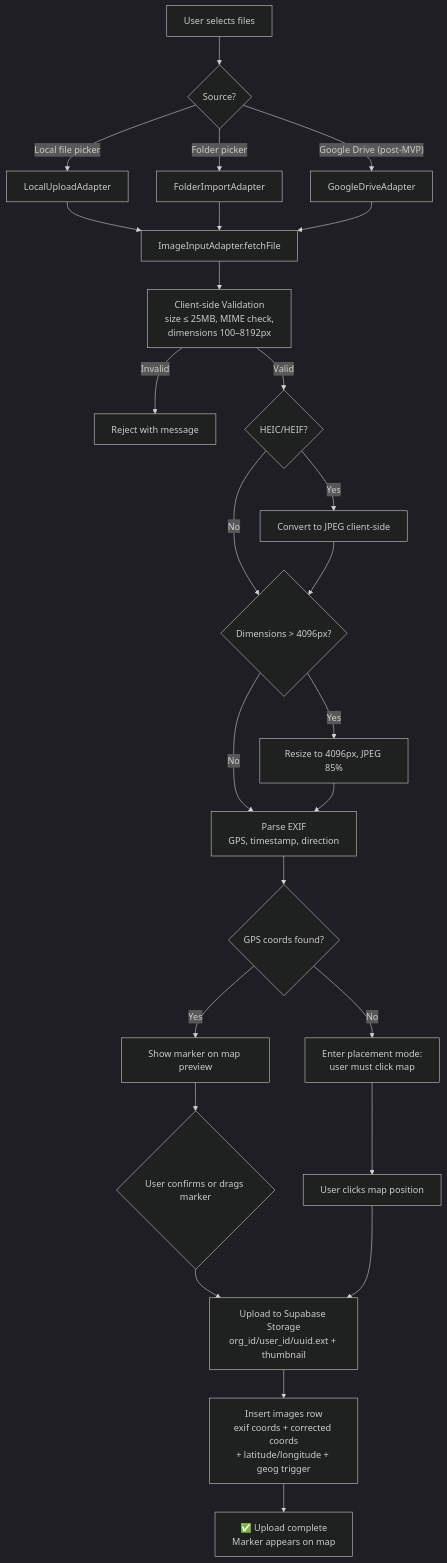
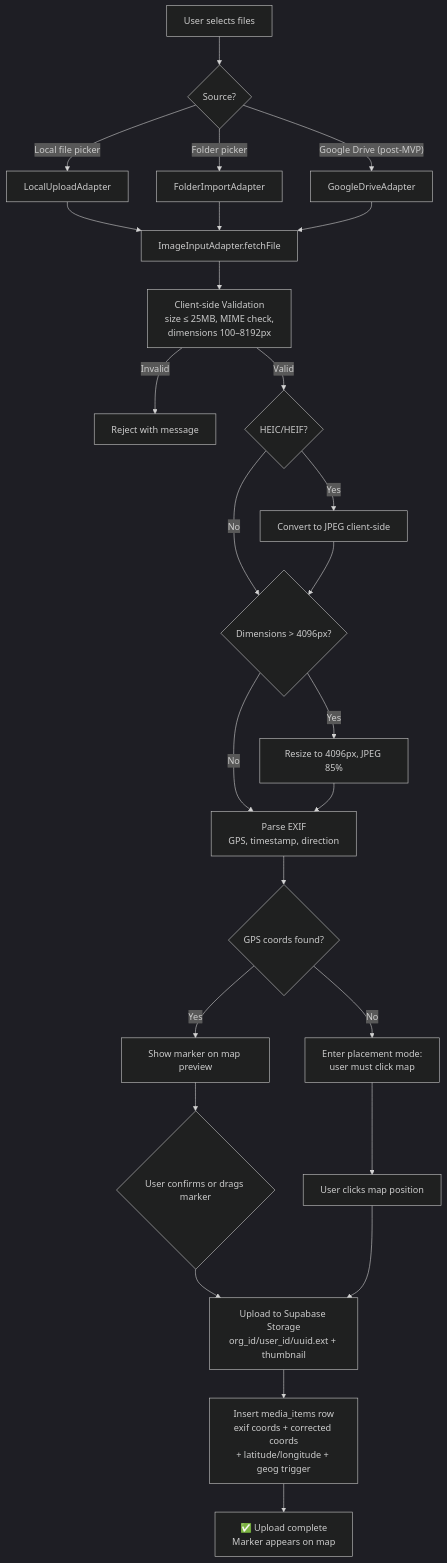
Before and after one commit to matkleve/feldpost: the fourth of 11 diagrams in docs/architecture.md, drawn with Mermaid (dark theme). The commit also changed other lines of this file and 16 other files, not shown here.

````diff
--- a/docs/architecture.md
+++ b/docs/architecture.md
@@ -357,38 +357,38 @@
 ```mermaid
 flowchart TD
   A[User selects files] --> B{Source?}
 
   B -->|Local file picker| C[LocalUploadAdapter]
   B -->|Folder picker| D[FolderImportAdapter]
   B -->|"Google Drive (post-MVP)"| E[GoogleDriveAdapter]
 
   C --> F[ImageInputAdapter.fetchFile]
   D --> F
   E --> F
 
   F --> G[Client-side Validation<br/>size ≤ 25MB, MIME check,<br/>dimensions 100–8192px]
   G -->|Invalid| H[Reject with message]
   G -->|Valid| I{HEIC/HEIF?}
 
   I -->|Yes| J[Convert to JPEG client-side]
   I -->|No| K{Dimensions > 4096px?}
 
   J --> K
   K -->|Yes| L[Resize to 4096px, JPEG 85%]
   K -->|No| M[Parse EXIF<br/>GPS, timestamp, direction]
 
   L --> M
   M --> N{GPS coords found?}
 
   N -->|Yes| O[Show marker on map preview]
   N -->|No| P[Enter placement mode:<br/>user must click map]
 
   O --> Q{User confirms or drags marker}
   P --> R[User clicks map position]
 
   Q --> S[Upload to Supabase Storage<br/>org_id/user_id/uuid.ext + thumbnail]
   R --> S
 
-  S --> T[Insert images row<br/>exif coords + corrected coords<br/>+ latitude/longitude + geog trigger]
+  S --> T[Insert media_items row<br/>exif coords + corrected coords<br/>+ latitude/longitude + geog trigger]
   T --> U[✅ Upload complete<br/>Marker appears on map]
 ```
````
